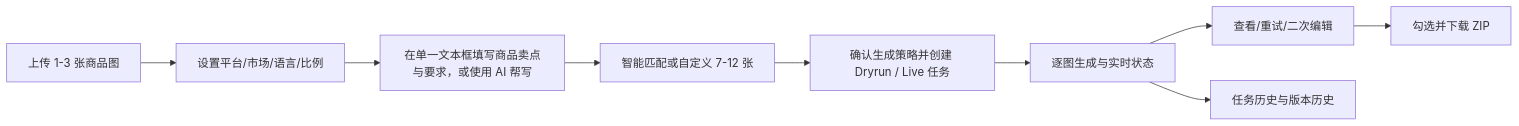
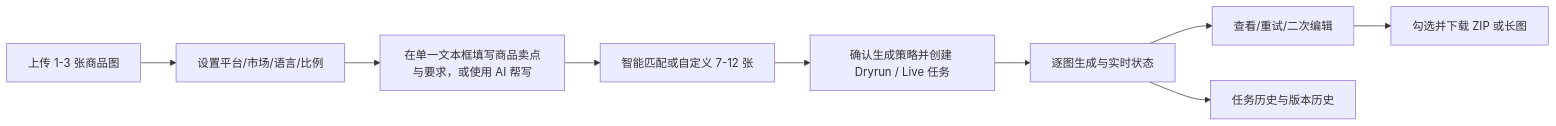
The first of 2 diagrams in SPEC.md (kyrieljy/Listingo), drawn with Mermaid before and after one commit. The commit also changed other lines of this file and 5 other files, not shown here.

````diff
--- a/SPEC.md
+++ b/SPEC.md
@@ -13,11 +19,11 @@
 ```mermaid
 flowchart LR
   A["上传 1-3 张商品图"] --> B["设置平台/市场/语言/比例"]
   B --> C["在单一文本框填写商品卖点与要求，或使用 AI 帮写"]
   C --> D["智能匹配或自定义 7-12 张"]
   D --> E["确认生成策略并创建 Dryrun / Live 任务"]
   E --> F["逐图生成与实时状态"]
   F --> G["查看/重试/二次编辑"]
-  G --> H["勾选并下载 ZIP"]
+  G --> H["勾选并下载 ZIP 或长图"]
   F --> I["任务历史与版本历史"]
 ```
````
